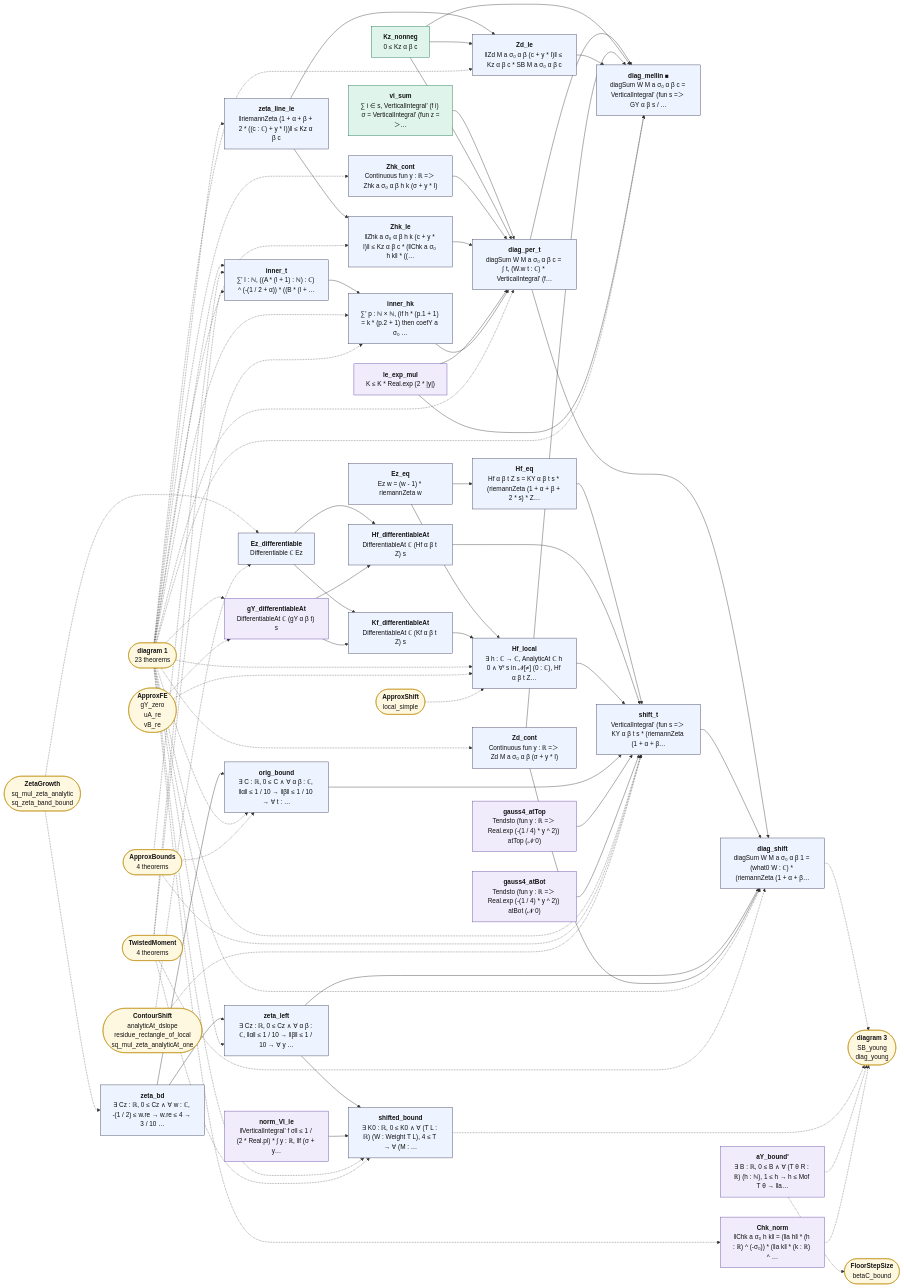
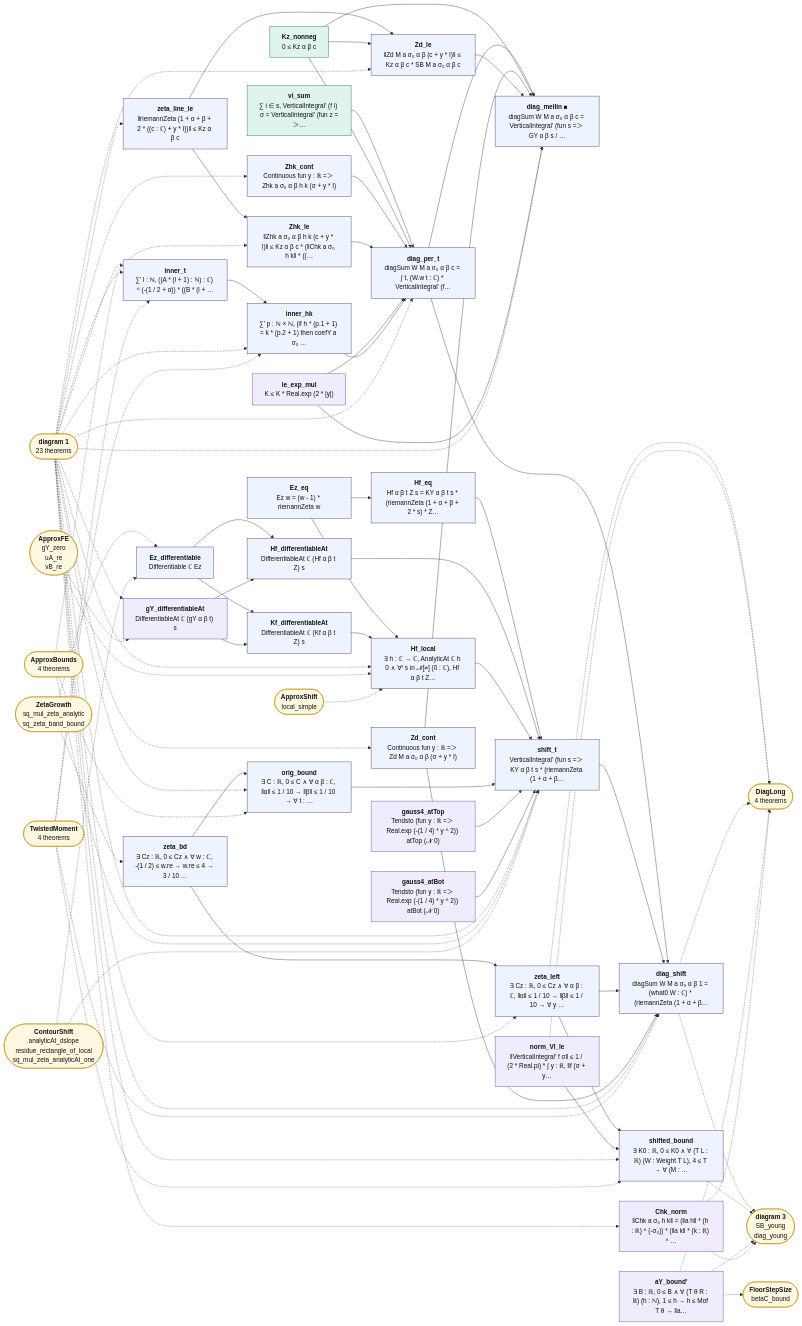
The diagram in map/lean_stage3/Diagonal.2.mmd (juliansambranojr/Primebeat_081426), drawn with Mermaid before and after one commit. The commit also changed 25 other files, not shown here.

```diff
--- a/map/lean_stage3/Diagonal.2.mmd
+++ b/map/lean_stage3/Diagonal.2.mmd
@@ -1,120 +1,126 @@
 flowchart LR
   n0["<b>vi_sum</b><br/>∑ i ∈ s, VerticalIntegral' (f i) σ = VerticalIntegral' (fun z =＞…"]:::cnt
   n1["<b>zeta_line_le</b><br/>‖riemannZeta (1 + α + β + 2 * ((c : ℂ) + y * I))‖ ≤ Kz α β c"]:::thm
   n2["<b>Kz_nonneg</b><br/>0 ≤ Kz α β c"]:::cnt
   n3["<b>Zhk_cont</b><br/>Continuous fun y : ℝ =＞ Zhk a σ₀ α β h k (σ + y * I)"]:::thm
   n4["<b>Zd_cont</b><br/>Continuous fun y : ℝ =＞ Zd M a σ₀ α β (σ + y * I)"]:::thm
   n5["<b>Zhk_le</b><br/>‖Zhk a σ₀ α β h k (c + y * I)‖ ≤ Kz α β c * (‖Chk a σ₀ h k‖ * ((…"]:::thm
   n6["<b>Zd_le</b><br/>‖Zd M a σ₀ α β (c + y * I)‖ ≤ Kz α β c * SB M a σ₀ α β c"]:::thm
   n7["<b>le_exp_mul</b><br/>K ≤ K * Real.exp (2 * |y|)"]:::shp
   n8["<b>inner_t</b><br/>∑' l : ℕ, ((A * (l + 1) : ℕ) : ℂ) ^ (-(1 / 2 + α)) * ((B * (l + …"]:::thm
   n9["<b>inner_hk</b><br/>∑' p : ℕ × ℕ, (if h * (p.1 + 1) = k * (p.2 + 1) then coefY a σ₀ …"]:::thm
   n10["<b>diag_per_t</b><br/>diagSum W M a σ₀ α β c = ∫ t, (W.w t : ℂ) * VerticalIntegral' (f…"]:::thm
   n11["<b>diag_mellin ■</b><br/>diagSum W M a σ₀ α β c = VerticalIntegral' (fun s =＞ GY α β s / …"]:::thm
   n12["<b>zeta_bd</b><br/>∃ Cz : ℝ, 0 ≤ Cz ∧ ∀ w : ℂ, -(1 / 2) ≤ w.re → w.re ≤ 4 → 3 / 10 …"]:::thm
   n13["<b>Ez_eq</b><br/>Ez w = (w - 1) * riemannZeta w"]:::thm
   n14["<b>Ez_differentiable</b><br/>Differentiable ℂ Ez"]:::thm
   n15["<b>Hf_eq</b><br/>Hf α β t Z s = KY α β t s * (riemannZeta (1 + α + β + 2 * s) * Z…"]:::thm
   n16["<b>gY_differentiableAt</b><br/>DifferentiableAt ℂ (gY α β t) s"]:::shp
   n17["<b>Kf_differentiableAt</b><br/>DifferentiableAt ℂ (Kf α β t Z) s"]:::thm
   n18["<b>Hf_differentiableAt</b><br/>DifferentiableAt ℂ (Hf α β t Z) s"]:::thm
   n19["<b>Hf_local</b><br/>∃ h : ℂ → ℂ, AnalyticAt ℂ h 0 ∧ ∀ᶠ s in 𝓝[≠] (0 : ℂ), Hf α β t Z…"]:::thm
   n20["<b>orig_bound</b><br/>∃ C : ℝ, 0 ≤ C ∧ ∀ α β : ℂ, ‖α‖ ≤ 1 / 10 → ‖β‖ ≤ 1 / 10 → ∀ t : …"]:::thm
   n21["<b>gauss4_atTop</b><br/>Tendsto (fun y : ℝ =＞ Real.exp (-(1 / 4) * y ^ 2)) atTop (𝓝 0)"]:::shp
   n22["<b>gauss4_atBot</b><br/>Tendsto (fun y : ℝ =＞ Real.exp (-(1 / 4) * y ^ 2)) atBot (𝓝 0)"]:::shp
   n23["<b>shift_t</b><br/>VerticalIntegral' (fun s =＞ KY α β t s * (riemannZeta (1 + α + β…"]:::thm
   n24["<b>zeta_left</b><br/>∃ Cz : ℝ, 0 ≤ Cz ∧ ∀ α β : ℂ, ‖α‖ ≤ 1 / 10 → ‖β‖ ≤ 1 / 10 → ∀ y …"]:::thm
   n25["<b>norm_VI_le</b><br/>‖VerticalIntegral' f σ‖ ≤ 1 / (2 * Real.pi) * ∫ y : ℝ, ‖f (σ + y…"]:::shp
   n26["<b>diag_shift</b><br/>diagSum W M a σ₀ α β 1 = (what0 W : ℂ) * (riemannZeta (1 + α + β…"]:::thm
   n27["<b>shifted_bound</b><br/>∃ K0 : ℝ, 0 ≤ K0 ∧ ∀ (T L : ℝ) (W : Weight T L), 4 ≤ T → ∀ (M : …"]:::thm
   n28["<b>aY_bound'</b><br/>∃ B : ℝ, 0 ≤ B ∧ ∀ (T θ R : ℝ) (h : ℕ), 1 ≤ h → h ≤ Mof T θ → ‖a…"]:::shp
   n29["<b>Chk_norm</b><br/>‖Chk a σ₀ h k‖ = (‖a h‖ * (h : ℝ) ^ (-σ₀)) * (‖a k‖ * (k : ℝ) ^ …"]:::shp
   x0(["<b>diagram 1</b><br/>23 theorems"]):::ext
   x1(["<b>ApproxBounds</b><br/>4 theorems"]):::ext
   x2(["<b>TwistedMoment</b><br/>4 theorems"]):::ext
   x3(["<b>ZetaGrowth</b><br/>sq_mul_zeta_analytic<br/>sq_zeta_band_bound"]):::ext
   x4(["<b>ContourShift</b><br/>analyticAt_dslope<br/>residue_rectangle_of_local<br/>sq_mul_zeta_analyticAt_one"]):::ext
   x5(["<b>ApproxFE</b><br/>gY_zero<br/>uA_re<br/>vB_re"]):::ext
   x6(["<b>ApproxShift</b><br/>local_simple"]):::ext
-  x7(["<b>diagram 3</b><br/>SB_young<br/>diag_young"]):::ext
-  x8(["<b>FloorStepSize</b><br/>betaC_bound"]):::ext
+  x7(["<b>DiagLong</b><br/>4 theorems"]):::ext
+  x8(["<b>diagram 3</b><br/>SB_young<br/>diag_young"]):::ext
+  x9(["<b>FloorStepSize</b><br/>betaC_bound"]):::ext
   n0 --> n10
   n1 --> n5
   n1 --> n6
   n10 --> n11
   n10 --> n26
   n12 --> n20
   n12 --> n24
   n13 --> n15
   n13 --> n19
   n14 --> n17
   n14 --> n18
   n15 --> n23
   n16 --> n17
   n16 --> n18
   n17 --> n19
   n18 --> n23
   n19 --> n23
   n2 --> n10
   n2 --> n11
   n2 --> n6
   n20 --> n23
   n21 --> n23
   n22 --> n23
   n23 --> n26
   n24 --> n26
   n24 --> n27
   n25 --> n27
   n3 --> n10
   n4 --> n11
   n4 --> n26
   n5 --> n10
   n6 --> n11
   n7 --> n10
   n7 --> n11
   n8 --> n9
   n9 --> n10
+  n24 -.-> x7
+  n25 -.-> x7
   n26 -.-> x7
-  n27 -.-> x7
+  n26 -.-> x8
+  n27 -.-> x8
   n28 -.-> x7
   n28 -.-> x8
+  n28 -.-> x9
   n29 -.-> x7
+  n29 -.-> x8
   x0 -.-> n1
   x0 -.-> n10
   x0 -.-> n11
   x0 -.-> n16
   x0 -.-> n19
   x0 -.-> n20
   x0 -.-> n23
   x0 -.-> n24
   x0 -.-> n26
   x0 -.-> n27
   x0 -.-> n29
   x0 -.-> n3
   x0 -.-> n4
   x0 -.-> n5
   x0 -.-> n6
   x0 -.-> n8
   x0 -.-> n9
   x1 -.-> n20
   x1 -.-> n23
   x1 -.-> n8
   x2 -.-> n26
   x2 -.-> n27
   x2 -.-> n8
   x2 -.-> n9
   x3 -.-> n12
   x3 -.-> n14
   x4 -.-> n14
   x4 -.-> n23
   x5 -.-> n16
   x5 -.-> n19
   x6 -.-> n19
   classDef cnt fill:#dff5ec,stroke:#17694a,color:#111
   classDef shp fill:#f1ecfb,stroke:#5b3fa0,color:#111
   classDef rh fill:#ffe5e5,stroke:#c22,color:#111,stroke-width:2px
   classDef thm fill:#eef4ff,stroke:#335,color:#111
   classDef end_ fill:#e7f7e7,stroke:#2a7,color:#111,stroke-width:2px
   classDef lone fill:#fff,stroke:#999,color:#111,stroke-dasharray:4 3
   classDef bad fill:#ffe5e5,stroke:#c22,color:#111,stroke-width:2px
   classDef ext fill:#fff8e1,stroke:#b80,color:#111
```
